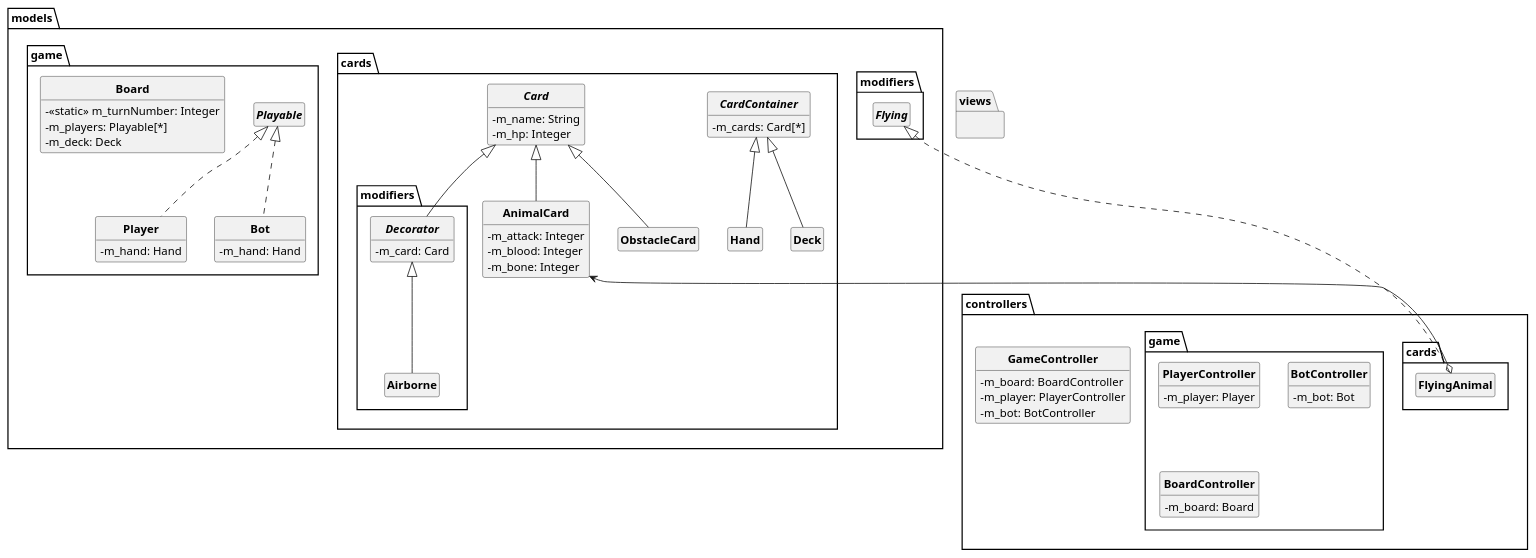
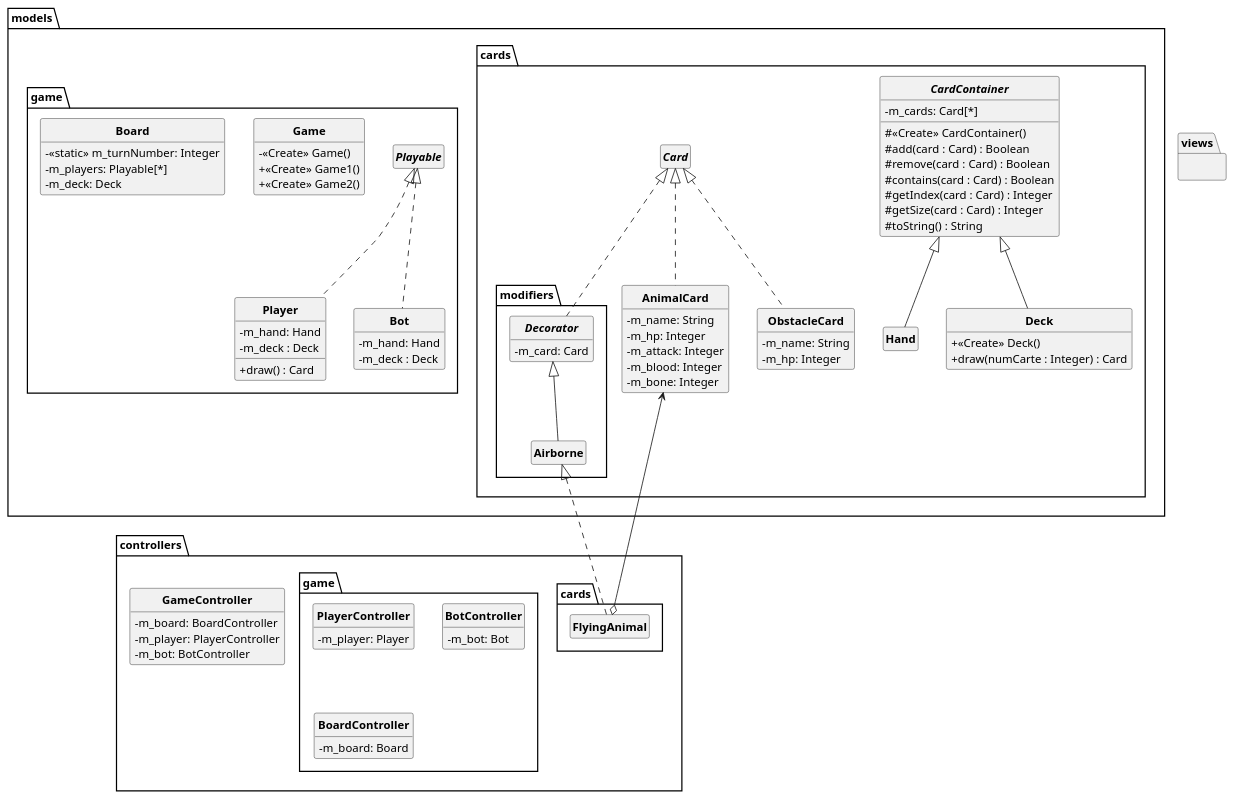
The diagram in uml/classes.puml (Guyomeuh/inscryption-tui), drawn with PlantUML before and after one commit. The commit also changed 1 other file, not shown here.

Commit message:
Changement Card en interface. Déplacer les atributs dans AnimalCard et ObstacleCard.

```diff
--- a/uml/classes.puml
+++ b/uml/classes.puml
@@ -1,97 +1,120 @@
 @startuml
 
 skinparam classAttributeIconSize 0
 skinparam classFontStyle Bold
 skinparam style strictuml
 hide empty members
 
 package models {
     package cards {
         abstract class CardContainer {
             - m_cards: Card[*]
+            # <<Create>> CardContainer()
+            # add(card : Card) : Boolean
+            # remove(card : Card) : Boolean
+            # contains(card : Card) : Boolean
+            # getIndex(card : Card) : Integer
+            # getSize(card : Card) : Integer
+            # toString() : String
         }
 
         class Deck extends CardContainer {
+            + <<Create>> Deck()
+            + draw(numCarte : Integer) : Card
+
         }
 
         class Hand extends CardContainer {
         }
 
-        abstract class Card {
-            - m_name: String 
+        Interface Card {
+
+        }
+
+        class AnimalCard implements Card {
+            - m_name: String
+            - m_hp: Integer
+            - m_attack: Integer
+            - m_blood: Integer
+            - m_bone: Integer
+        }
+
+        class ObstacleCard implements Card {
+            - m_name: String
             - m_hp: Integer
         }
 
-        class AnimalCard extends Card {
-            - m_attack: Integer 
-            - m_blood: Integer 
-            - m_bone: Integer 
-        }
-
-        class ObstacleCard extends Card {
-        }
-
         package modifiers {
-            abstract class Decorator extends models.cards.Card {
+            abstract class Decorator implements models.cards.Card {
                 - m_card: Card
             } 
 
             class Airborne extends Decorator {
 
             }
         }
     }
 
     package game {
         interface Playable {
         }
 
+        class Game
+        {
+            -<<Create>> Game()
+            +<<Create>> Game1()
+            +<<Create>> Game2()
+        }
+
         class Player implements Playable {
             - m_hand: Hand
+            - m_deck : Deck
+            + draw() : Card
         }
 
         class Bot implements Playable {
             - m_hand: Hand
+            - m_deck : Deck
         }
 
         class Board {
             - <<static>> m_turnNumber: Integer
             - m_players: Playable[*]
             - m_deck: Deck
         }
     }
 }
 
 package views {
 }
 
 package controllers {
     package cards {
-        class FlyingAnimal implements models.modifiers.Flying {
+        class FlyingAnimal implements models.cards.modifiers.Airborne {
         }
 
         FlyingAnimal o-U-> models.cards.AnimalCard
     }
 
     package game {
         class PlayerController {
             - m_player: Player
         }
 
         class BotController {
             - m_bot: Bot 
         }
 
         class BoardController {
             - m_board: Board
         }
     }
 
     class GameController {
         - m_board: BoardController 
         - m_player: PlayerController
         - m_bot: BotController 
     }
 }
 
 @enduml
```
